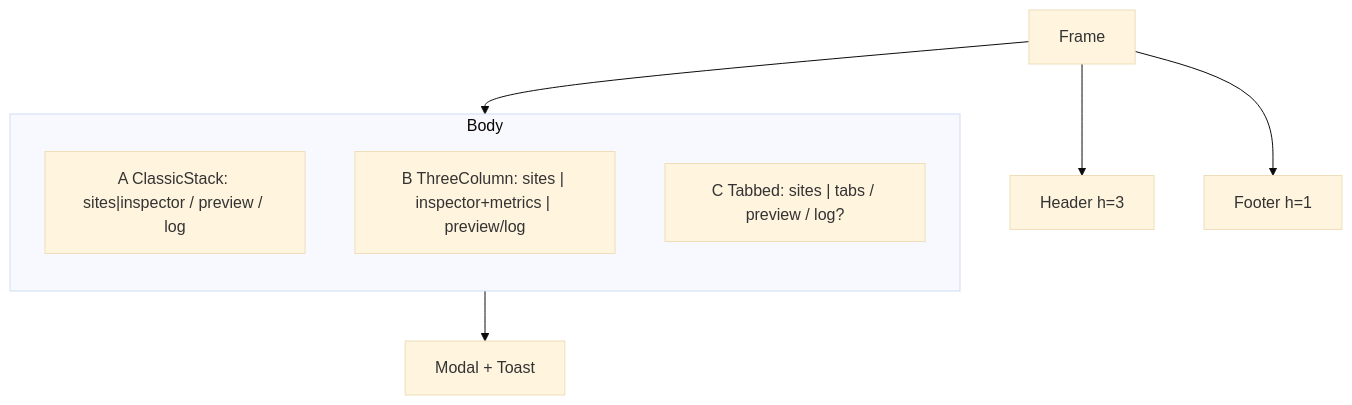
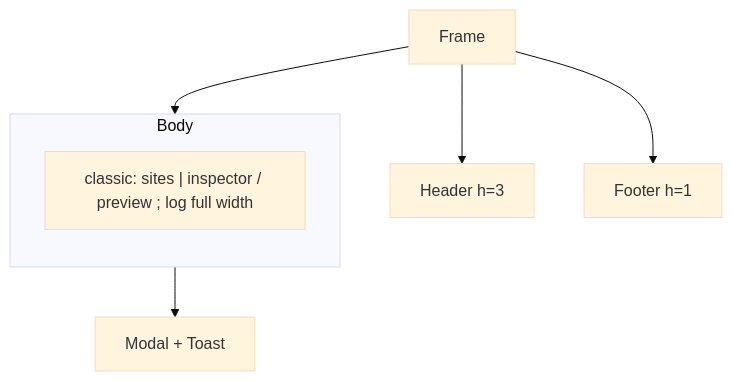
Before and after one commit to ldnddev/dd_pantheon: the third of 4 diagrams in DESIGN.md, drawn with Mermaid (base theme). The commit also changed other lines of this file and 26 other files, not shown here.

````diff
--- a/DESIGN.md
+++ b/DESIGN.md
@@ -545,13 +453,11 @@
 ```mermaid
 flowchart TB
   Frame --> Header["Header h=3"]
   Frame --> Body
   Frame --> Footer["Footer h=1"]
   subgraph Body
     direction TB
-    A["A ClassicStack: sites|inspector / preview / log"]
-    B["B ThreeColumn: sites | inspector+metrics | preview/log"]
-    C["C Tabbed: sites | tabs / preview / log?"]
+    Classic["classic: sites | inspector / preview ; log full width"]
   end
   Body --> Overlay["Modal + Toast"]
 ```
````
